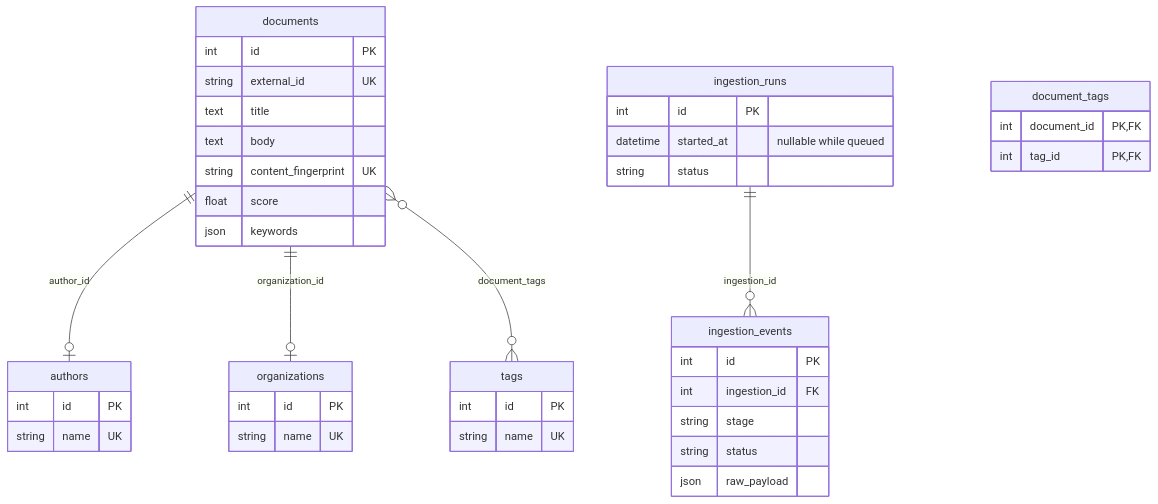
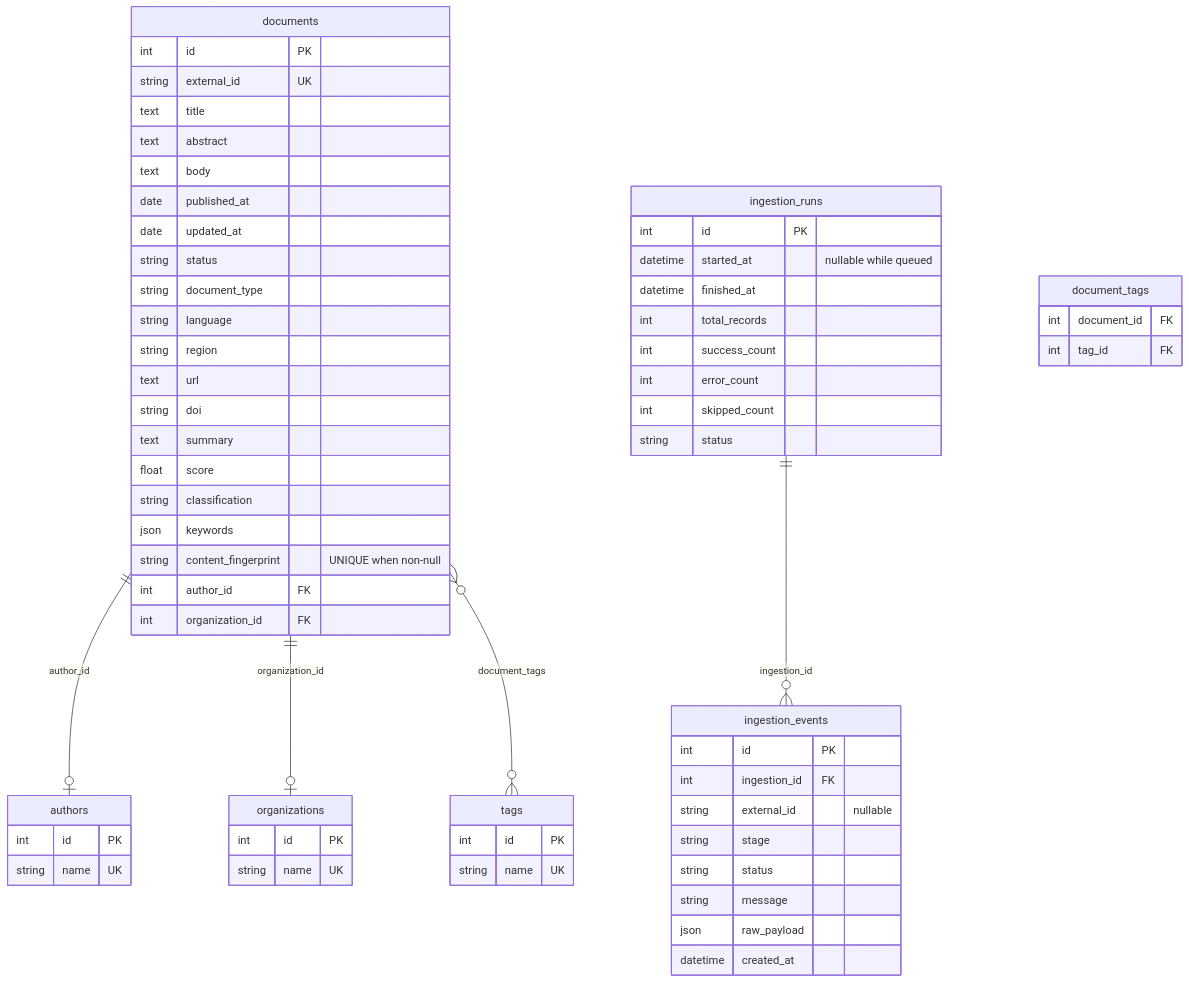
One commit to alexkos/test_documents changed the third of 3 diagrams in README.md. Above: the diagram before and after it, drawn with Mermaid. The commit also changed other lines of this file and 18 other files, not shown here.

````diff
--- a/README.md
+++ b/README.md
@@ -106,51 +115,72 @@
 ```mermaid
 erDiagram
     documents ||--o| authors : "author_id"
     documents ||--o| organizations : "organization_id"
     documents }o--o{ tags : "document_tags"
     ingestion_runs ||--o{ ingestion_events : "ingestion_id"
 
     documents {
         int id PK
         string external_id UK
         text title
+        text abstract
         text body
-        string content_fingerprint UK
+        date published_at
+        date updated_at
+        string status
+        string document_type
+        string language
+        string region
+        text url
+        string doi
+        text summary
         float score
+        string classification
         json keywords
+        string content_fingerprint "UNIQUE when non-null"
+        int author_id FK
+        int organization_id FK
     }
 
     authors {
         int id PK
         string name UK
     }
 
     organizations {
         int id PK
         string name UK
     }
 
     tags {
         int id PK
         string name UK
     }
 
     document_tags {
-        int document_id PK,FK
-        int tag_id PK,FK
+        int document_id FK
+        int tag_id FK
     }
 
     ingestion_runs {
         int id PK
         datetime started_at "nullable while queued"
+        datetime finished_at
+        int total_records
+        int success_count
+        int error_count
+        int skipped_count
         string status
     }
 
     ingestion_events {
         int id PK
         int ingestion_id FK
+        string external_id "nullable"
         string stage
         string status
+        string message
         json raw_payload
+        datetime created_at
     }
 ```
````
